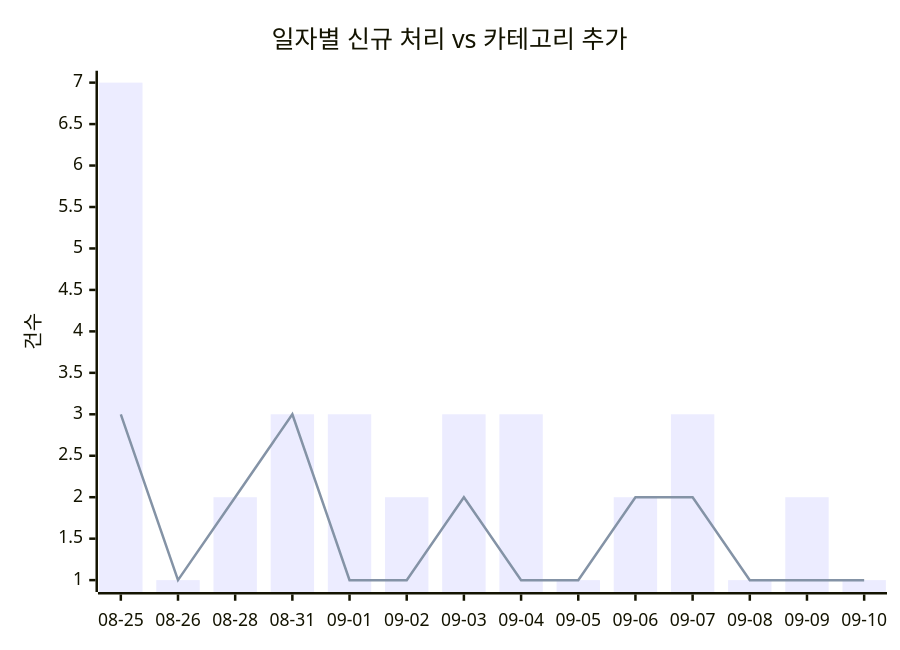
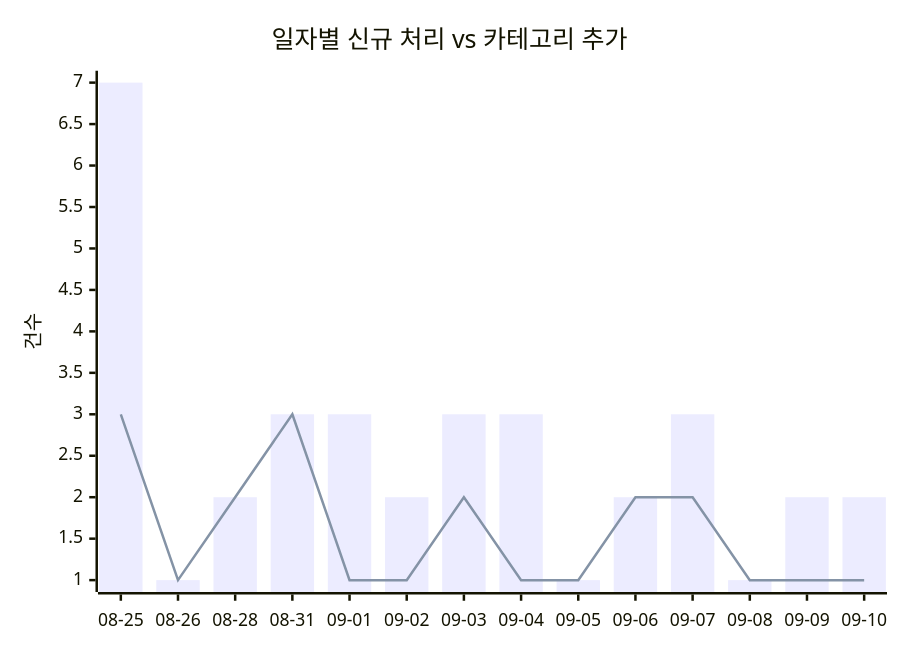
The first of 2 diagrams in docs/trends.md (J-nowcow/awesome-korean-agent-skills), drawn with Mermaid before and after one commit. The commit also changed other lines of this file and 2 other files, not shown here.

````diff
--- a/docs/trends.md
+++ b/docs/trends.md
@@ -32,8 +32,8 @@
 ```mermaid
 xychart-beta
     title "일자별 신규 처리 vs 카테고리 추가"
     x-axis ["08-25","08-26","08-28","08-31","09-01","09-02","09-03","09-04","09-05","09-06","09-07","09-08","09-09","09-10"]
     y-axis "건수"
-    bar [7,1,2,3,3,2,3,3,1,2,3,1,2,1]
+    bar [7,1,2,3,3,2,3,3,1,2,3,1,2,2]
     line [3,1,2,3,1,1,2,1,1,2,2,1,1,1]
 ```
````
